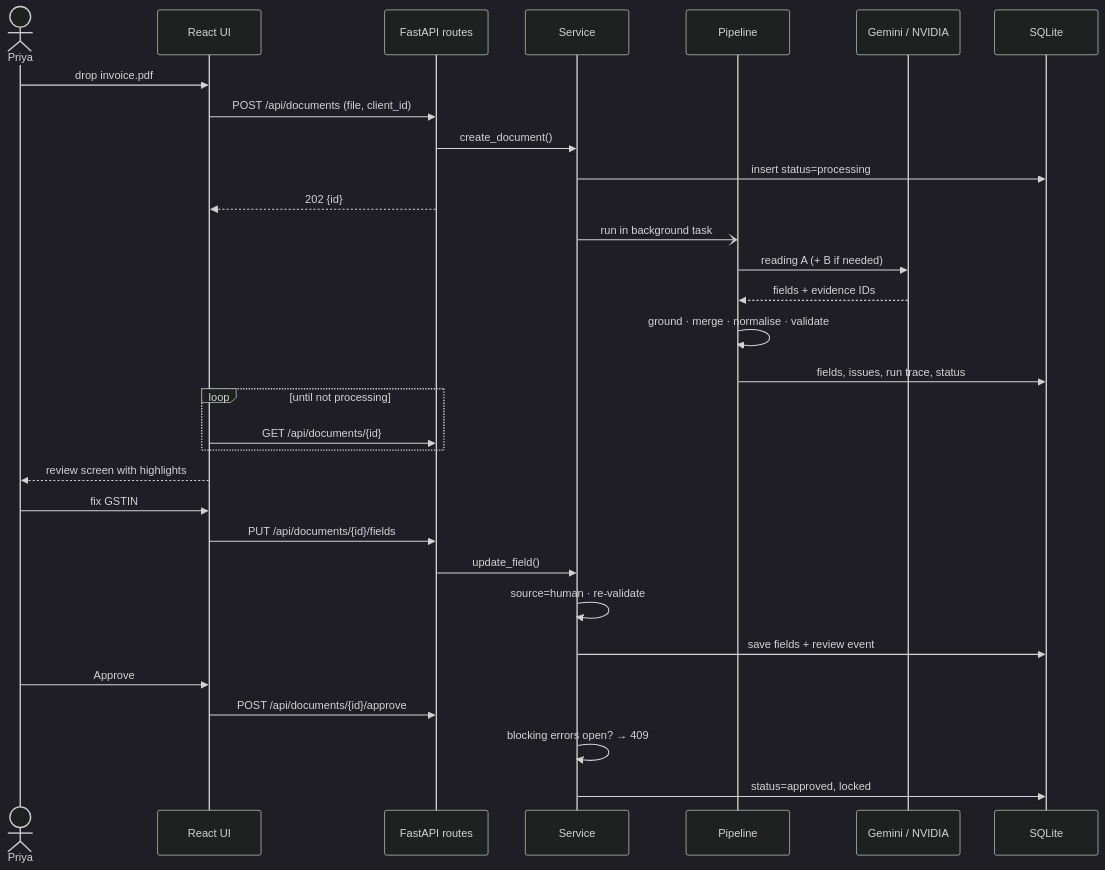
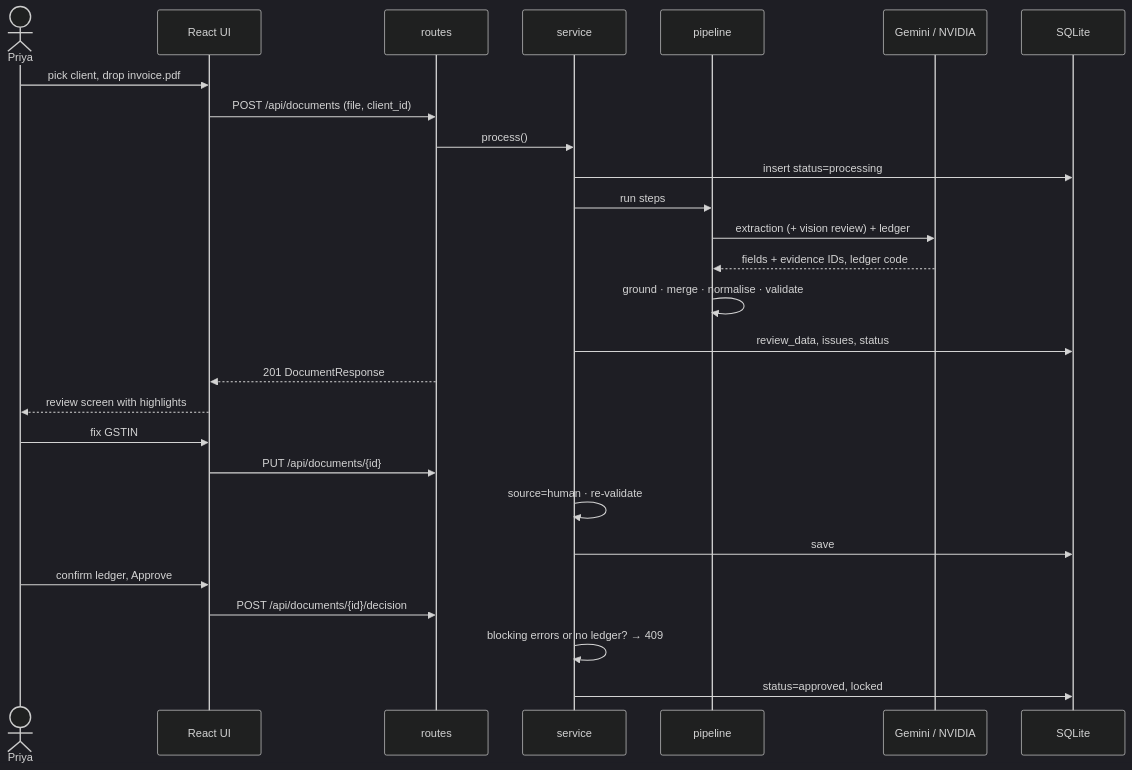
One commit to indiragothi/invoice-review changed the fifth of 7 diagrams in docs/architecture.md. Above: the diagram before and after it, drawn with Mermaid (dark theme). The commit also changed other lines of this file and 14 other files, not shown here.

````diff
--- a/docs/architecture.md
+++ b/docs/architecture.md
@@ -120,34 +150,30 @@
 ```mermaid
 sequenceDiagram
     actor P as Priya
     participant UI as React UI
-    participant API as FastAPI routes
-    participant S as Service
-    participant PL as Pipeline
+    participant API as routes
+    participant S as service
+    participant PL as pipeline
     participant LLM as Gemini / NVIDIA
     participant DB as SQLite
 
-    P->>UI: drop invoice.pdf
+    P->>UI: pick client, drop invoice.pdf
     UI->>API: POST /api/documents (file, client_id)
-    API->>S: create_document()
+    API->>S: process()
     S->>DB: insert status=processing
-    API-->>UI: 202 {id}
-    S-)PL: run in background task
-    PL->>LLM: reading A (+ B if needed)
-    LLM-->>PL: fields + evidence IDs
+    S->>PL: run steps
+    PL->>LLM: extraction (+ vision review) + ledger
+    LLM-->>PL: fields + evidence IDs, ledger code
     PL->>PL: ground · merge · normalise · validate
-    PL->>DB: fields, issues, run trace, status
-    loop until not processing
-        UI->>API: GET /api/documents/{id}
-    end
+    S->>DB: review_data, issues, status
+    API-->>UI: 201 DocumentResponse
     UI-->>P: review screen with highlights
     P->>UI: fix GSTIN
-    UI->>API: PUT /api/documents/{id}/fields
-    API->>S: update_field()
+    UI->>API: PUT /api/documents/{id}
     S->>S: source=human · re-validate
-    S->>DB: save fields + review event
-    P->>UI: Approve
-    UI->>API: POST /api/documents/{id}/approve
-    S->>S: blocking errors open? → 409
+    S->>DB: save
+    P->>UI: confirm ledger, Approve
+    UI->>API: POST /api/documents/{id}/decision
+    S->>S: blocking errors or no ledger? → 409
     S->>DB: status=approved, locked
 ```
````
